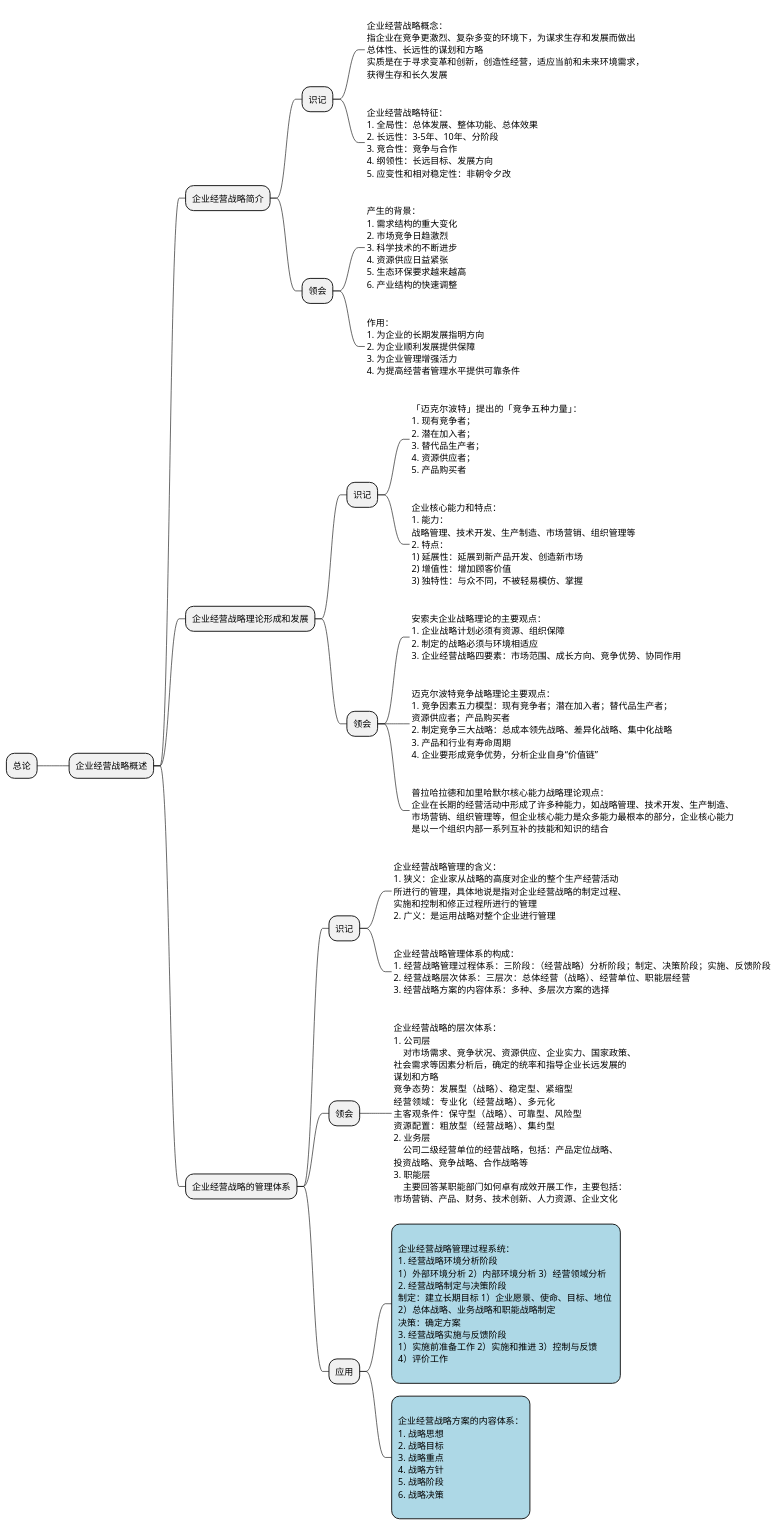
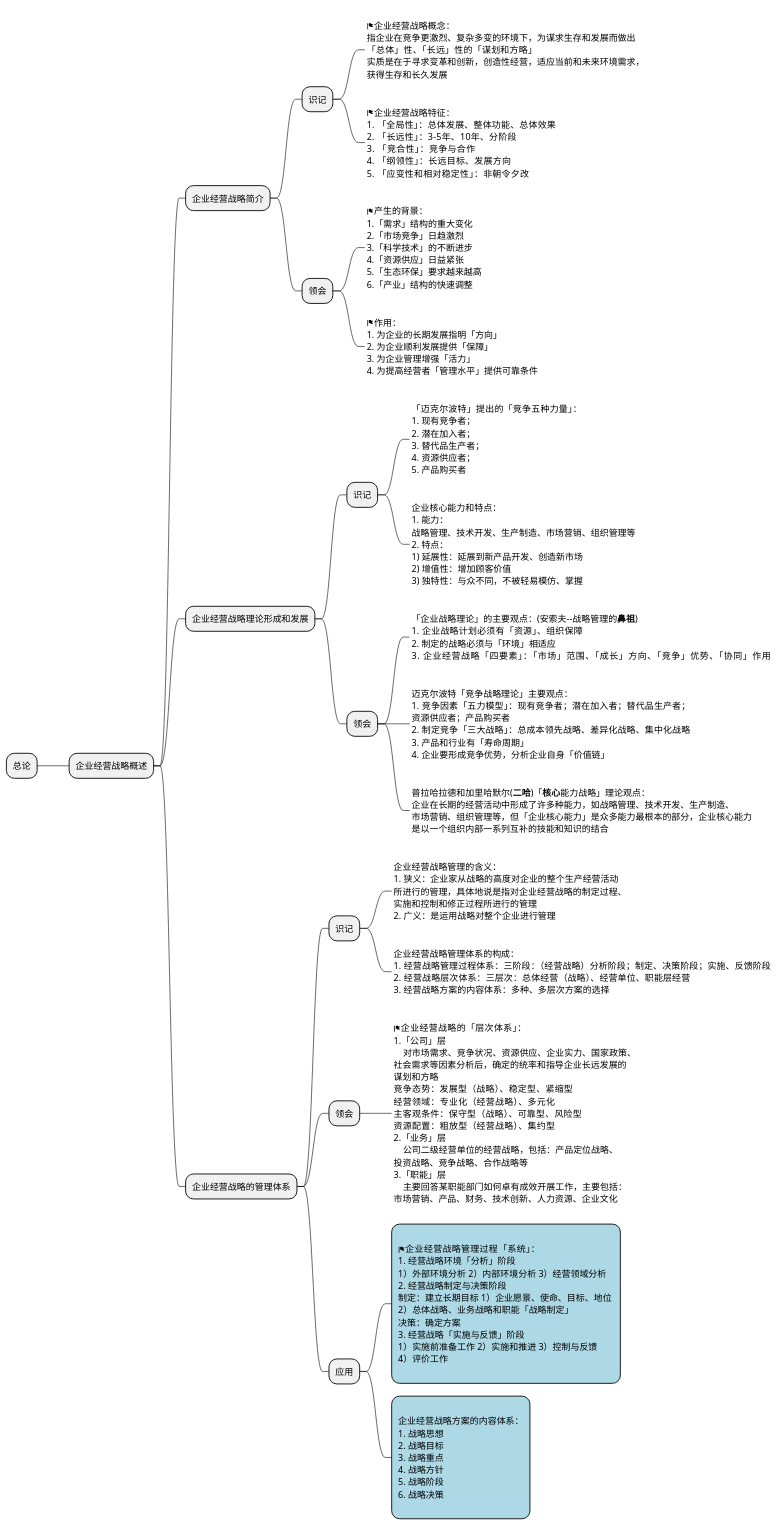
The diagram in note/2企业经营战略/0总论/all.puml (pauldo/zikao), drawn with PlantUML before and after one commit. The commit also changed 16 other files, not shown here.

```diff
--- a/note/2企业经营战略/0总论/all.puml
+++ b/note/2企业经营战略/0总论/all.puml
@@ -1,138 +1,138 @@
 @startmindmap
 
 * 总论
 ** 企业经营战略概述
 
 *** 企业经营战略简介
 **** 识记
 *****_:
-企业经营战略概念：
+<&flag>企业经营战略概念：
 指企业在竞争更激烈、复杂多变的环境下，为谋求生存和发展而做出
-总体性、长远性的谋划和方略
+「总体」性、「长远」性的「谋划和方略」
 实质是在于寻求变革和创新，创造性经营，适应当前和未来环境需求，
 获得生存和长久发展
 ;
 *****_:
-企业经营战略特征：
-1. 全局性：总体发展、整体功能、总体效果
-2. 长远性：3-5年、10年、分阶段
-3. 竞合性：竞争与合作
-4. 纲领性：长远目标、发展方向
-5. 应变性和相对稳定性：非朝令夕改
+<&flag>企业经营战略特征：
+1. 「全局性」：总体发展、整体功能、总体效果
+2. 「长远性」：3-5年、10年、分阶段
+3. 「竞合性」：竞争与合作
+4. 「纲领性」：长远目标、发展方向
+5. 「应变性和相对稳定性」：非朝令夕改
 ;
 **** 领会
 *****_:
-产生的背景：
-1. 需求结构的重大变化
-2. 市场竞争日趋激烈
-3. 科学技术的不断进步
-4. 资源供应日益紧张
-5. 生态环保要求越来越高
-6. 产业结构的快速调整
+<&flag>产生的背景：
+1.「需求」结构的重大变化
+2.「市场竞争」日趋激烈
+3.「科学技术」的不断进步
+4.「资源供应」日益紧张
+5.「生态环保」要求越来越高
+6.「产业」结构的快速调整
 ;
 *****_:
-作用：
-1. 为企业的长期发展指明方向
-2. 为企业顺利发展提供保障
-3. 为企业管理增强活力
-4. 为提高经营者管理水平提供可靠条件
+<&flag>作用：
+1. 为企业的长期发展指明「方向」
+2. 为企业顺利发展提供「保障」
+3. 为企业管理增强「活力」
+4. 为提高经营者「管理水平」提供可靠条件
 ;
 
 *** 企业经营战略理论形成和发展
 **** 识记
 *****_:
 「迈克尔波特」提出的「竞争五种力量」：
 1. 现有竞争者；
 2. 潜在加入者；
 3. 替代品生产者；
 4. 资源供应者；
 5. 产品购买者
 ;
 *****_:
 企业核心能力和特点：
 1. 能力：
 战略管理、技术开发、生产制造、市场营销、组织管理等
 2. 特点：
 1) 延展性：延展到新产品开发、创造新市场
 2) 增值性：增加顾客价值
 3) 独特性：与众不同，不被轻易模仿、掌握
 ;
 **** 领会
 *****_:
-安索夫企业战略理论的主要观点：
-1. 企业战略计划必须有资源、组织保障
-2. 制定的战略必须与环境相适应
-3. 企业经营战略四要素：市场范围、成长方向、竞争优势、协同作用
+「企业战略理论」的主要观点：(安索夫--战略管理的<b>鼻祖</b>)
+1. 企业战略计划必须有「资源」、组织保障
+2. 制定的战略必须与「环境」相适应
+3. 企业经营战略「四要素」：「市场」范围、「成长」方向、「竞争」优势、「协同」作用
 ;
 *****_:
-迈克尔波特竞争战略理论主要观点：
-1. 竞争因素五力模型：现有竞争者；潜在加入者；替代品生产者；
+迈克尔波特「竞争战略理论」主要观点：
+1. 竞争因素「五力模型」：现有竞争者；潜在加入者；替代品生产者；
 资源供应者；产品购买者
-2. 制定竞争三大战略：总成本领先战略、差异化战略、集中化战略
-3. 产品和行业有寿命周期
-4. 企业要形成竞争优势，分析企业自身“价值链”
+2. 制定竞争「三大战略」：总成本领先战略、差异化战略、集中化战略
+3. 产品和行业有「寿命周期」
+4. 企业要形成竞争优势，分析企业自身「价值链」
 ;
 *****_:
-普拉哈拉德和加里哈默尔核心能力战略理论观点：
+普拉哈拉德和加里哈默尔(<b>二哈</b>)「<b>核心</b>能力战略」理论观点：
 企业在长期的经营活动中形成了许多种能力，如战略管理、技术开发、生产制造、
-市场营销、组织管理等，但企业核心能力是众多能力最根本的部分，企业核心能力
+市场营销、组织管理等，但「企业核心能力」是众多能力最根本的部分，企业核心能力
 是以一个组织内部一系列互补的技能和知识的结合
 ;
 
 *** 企业经营战略的管理体系
 **** 识记
 *****_:
 企业经营战略管理的含义：
 1. 狭义：企业家从战略的高度对企业的整个生产经营活动
 所进行的管理，具体地说是指对企业经营战略的制定过程、
 实施和控制和修正过程所进行的管理
 2. 广义：是运用战略对整个企业进行管理
 ;
 *****_:
 企业经营战略管理体系的构成：
 1. 经营战略管理过程体系：三阶段：（经营战略）分析阶段；制定、决策阶段；实施、反馈阶段
 2. 经营战略层次体系：三层次：总体经营（战略）、经营单位、职能层经营
 3. 经营战略方案的内容体系：多种、多层次方案的选择
 ;
 **** 领会
 *****_:
-企业经营战略的层次体系：
-1. 公司层
+<&flag>企业经营战略的「层次体系」：
+1.「公司」层
     对市场需求、竞争状况、资源供应、企业实力、国家政策、
 社会需求等因素分析后，确定的统率和指导企业长远发展的
 谋划和方略
 竞争态势：发展型（战略）、稳定型、紧缩型
 经营领域：专业化（经营战略）、多元化
 主客观条件：保守型（战略）、可靠型、风险型
 资源配置：粗放型（经营战略）、集约型
-2. 业务层
+2.「业务」层
     公司二级经营单位的经营战略，包括：产品定位战略、
 投资战略、竞争战略、合作战略等
-3. 职能层
+3.「职能」层
     主要回答某职能部门如何卓有成效开展工作，主要包括：
 市场营销、产品、财务、技术创新、人力资源、企业文化
 ;
 **** 应用
 *****[#lightblue]:
-企业经营战略管理过程系统：
-1. 经营战略环境分析阶段
+<&flag>企业经营战略管理过程「系统」：
+1. 经营战略环境「分析」阶段
 1）外部环境分析 2）内部环境分析 3）经营领域分析
 2. 经营战略制定与决策阶段
 制定：建立长期目标 1）企业愿景、使命、目标、地位 
-2）总体战略、业务战略和职能战略制定
+2）总体战略、业务战略和职能「战略制定」
 决策：确定方案
-3. 经营战略实施与反馈阶段
+3. 经营战略「实施与反馈」阶段
 1）实施前准备工作 2）实施和推进 3）控制与反馈
 4）评价工作
 ;
 *****[#lightblue]:
 企业经营战略方案的内容体系：
 1. 战略思想
 2. 战略目标
 3. 战略重点
 4. 战略方针
 5. 战略阶段
 6. 战略决策
 ;
 
 @endmindmap
```
